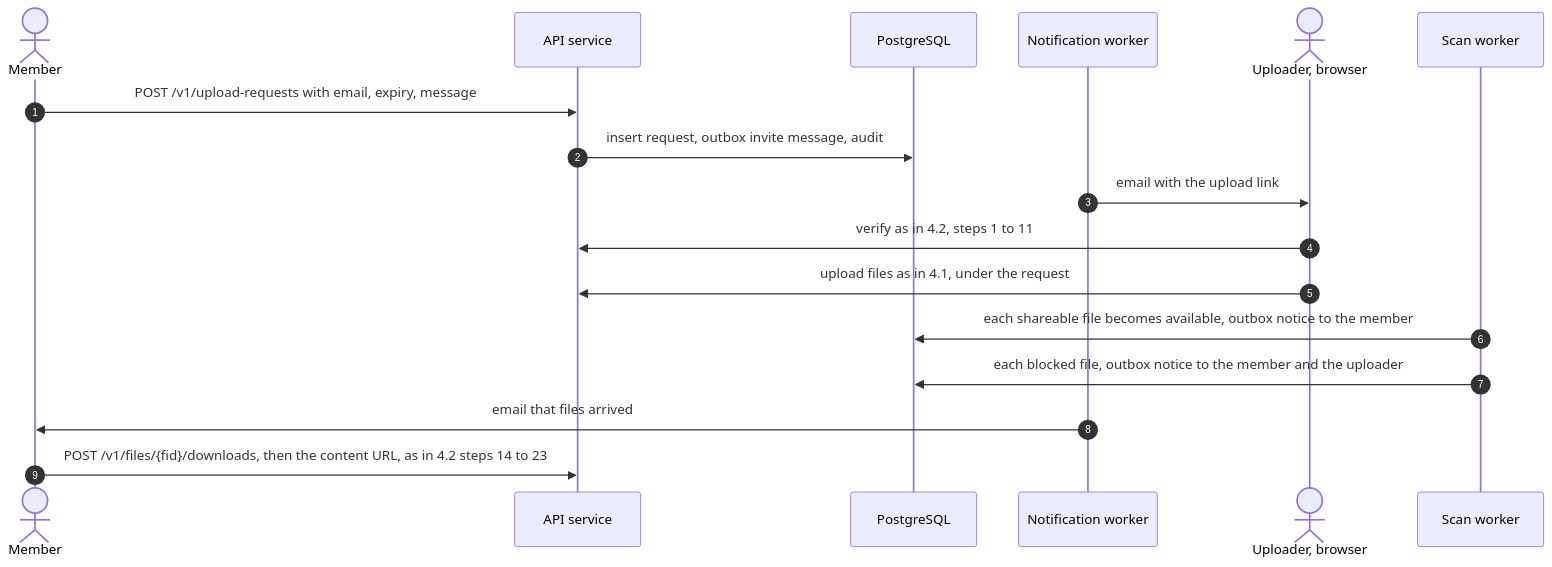
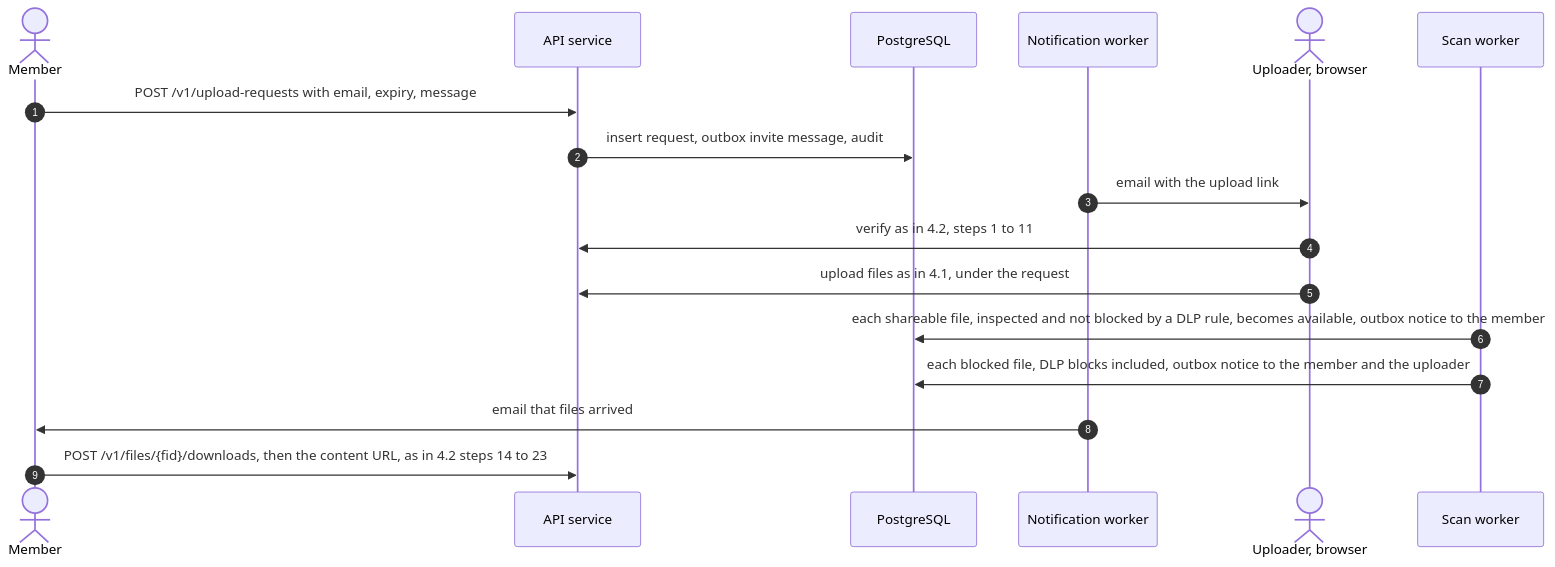
The sixth of 10 diagrams in docs/architecture.md (codewithmuh/secure-file-transfer), drawn with Mermaid before and after one commit. The commit also changed other lines of this file and 15 other files, not shown here.

````diff
--- a/docs/architecture.md
+++ b/docs/architecture.md
@@ -490,19 +503,19 @@
 ```mermaid
 sequenceDiagram
     autonumber
     actor M as Member
     participant API as API service
     participant DB as PostgreSQL
     participant NW as Notification worker
     actor U as Uploader, browser
     participant SW as Scan worker
     M->>API: POST /v1/upload-requests with email, expiry, message
     API->>DB: insert request, outbox invite message, audit
     NW->>U: email with the upload link
     U->>API: verify as in 4.2, steps 1 to 11
     U->>API: upload files as in 4.1, under the request
-    SW->>DB: each shareable file becomes available, outbox notice to the member
-    SW->>DB: each blocked file, outbox notice to the member and the uploader
+    SW->>DB: each shareable file, inspected and not blocked by a DLP rule, becomes available, outbox notice to the member
+    SW->>DB: each blocked file, DLP blocks included, outbox notice to the member and the uploader
     NW->>M: email that files arrived
     M->>API: POST /v1/files/{fid}/downloads, then the content URL, as in 4.2 steps 14 to 23
 ```
````
